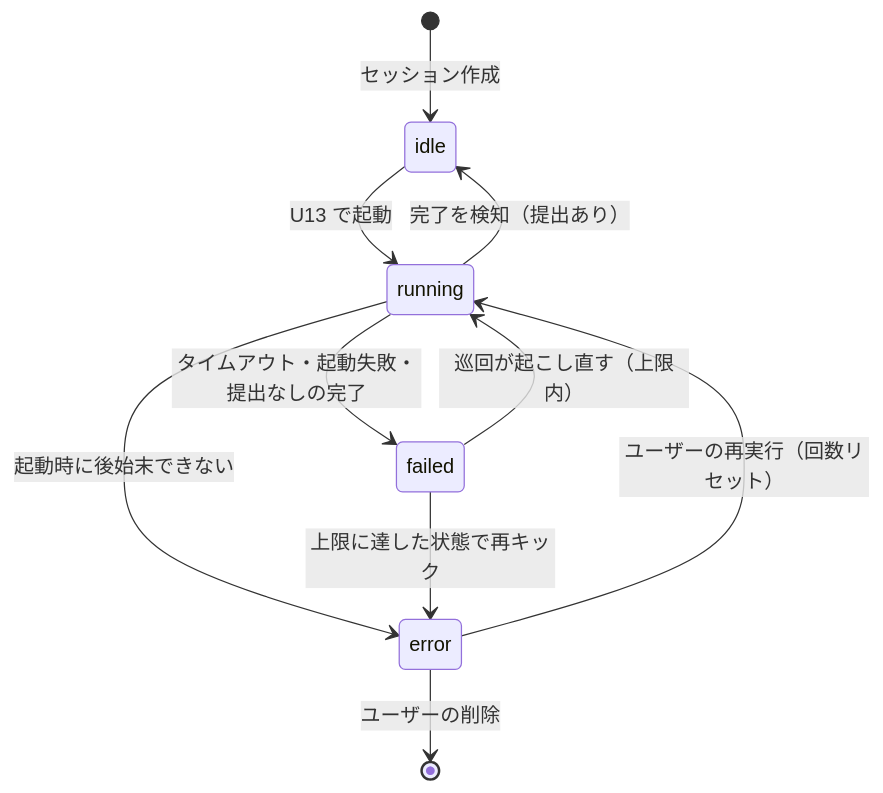
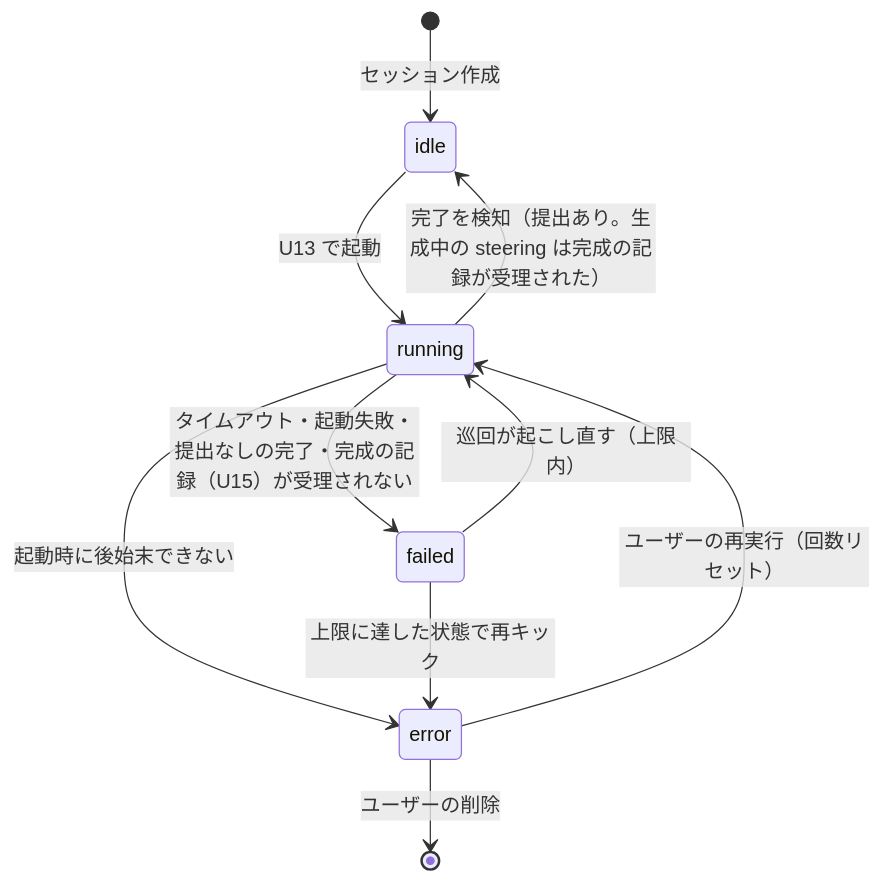
One commit to grrowapp/stroke changed the diagram in docs/specs/architecture/session-workflow.md. Above: the diagram before and after it, drawn with Mermaid. The commit also changed other lines of this file and 61 other files, not shown here.

````diff
--- a/docs/specs/architecture/session-workflow.md
+++ b/docs/specs/architecture/session-workflow.md
@@ -94,12 +94,12 @@
 ```mermaid
 stateDiagram-v2
     [*] --> idle: セッション作成
     idle --> running: U13 で起動
-    running --> idle: 完了を検知（提出あり）
-    running --> failed: タイムアウト・起動失敗・提出なしの完了
+    running --> idle: 完了を検知（提出あり。生成中の steering は完成の記録が受理された）
+    running --> failed: タイムアウト・起動失敗・提出なしの完了・完成の記録（U15）が受理されない
     running --> error: 起動時に後始末できない
     failed --> running: 巡回が起こし直す（上限内）
     failed --> error: 上限に達した状態で再キック
     error --> running: ユーザーの再実行（回数リセット）
     error --> [*]: ユーザーの削除
 ```
````
